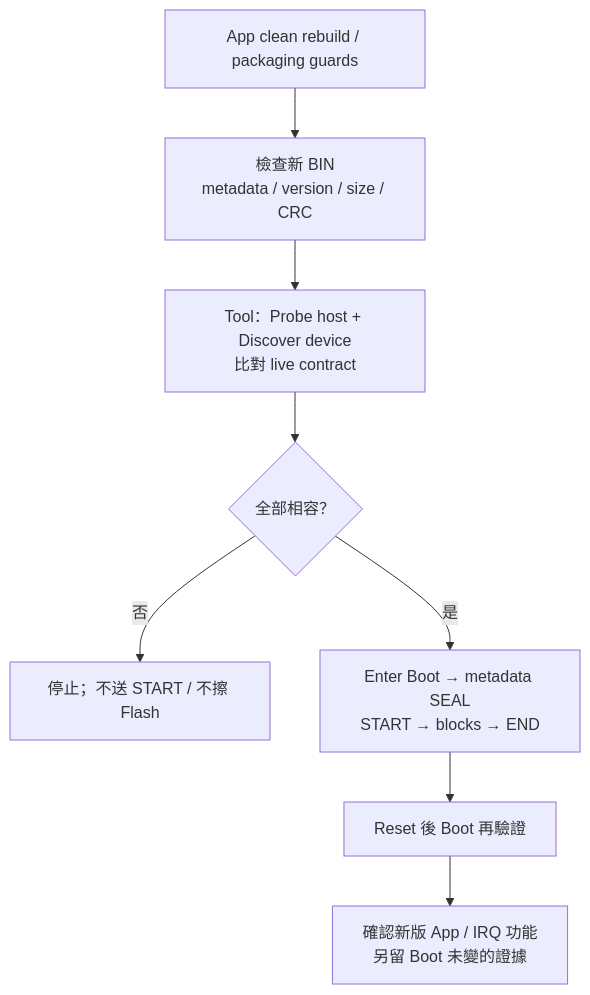
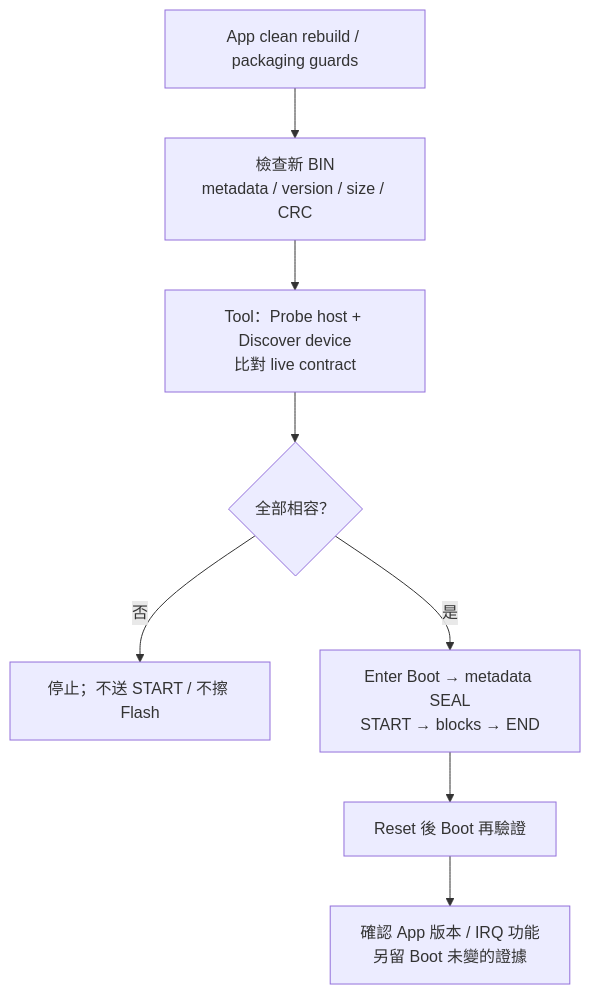
Before and after one commit to released/slide_boot_loader_for_RL78: the sixth of 8 diagrams in index.md, drawn with Mermaid. The commit also changed other lines of this file and 1 other file, not shown here.

````diff
--- a/index.md
+++ b/index.md
@@ -468,10 +579,10 @@
 ```mermaid
 flowchart TD
     BUILD["App clean rebuild / packaging guards"] --> OFF["檢查新 BIN<br/>metadata / version / size / CRC"]
     OFF --> LIVE["Tool：Probe host + Discover device<br/>比對 live contract"]
     LIVE --> OK{"全部相容？"}
     OK -->|"否"| STOP["停止；不送 START / 不擦 Flash"]
     OK -->|"是"| CAN["Enter Boot → metadata SEAL<br/>START → blocks → END"]
     CAN --> RESET["Reset 後 Boot 再驗證"]
-    RESET --> APP["確認新版 App / IRQ 功能<br/>另留 Boot 未變的證據"]
+    RESET --> APP["確認 App 版本 / IRQ 功能<br/>另留 Boot 未變的證據"]
 ```
````
